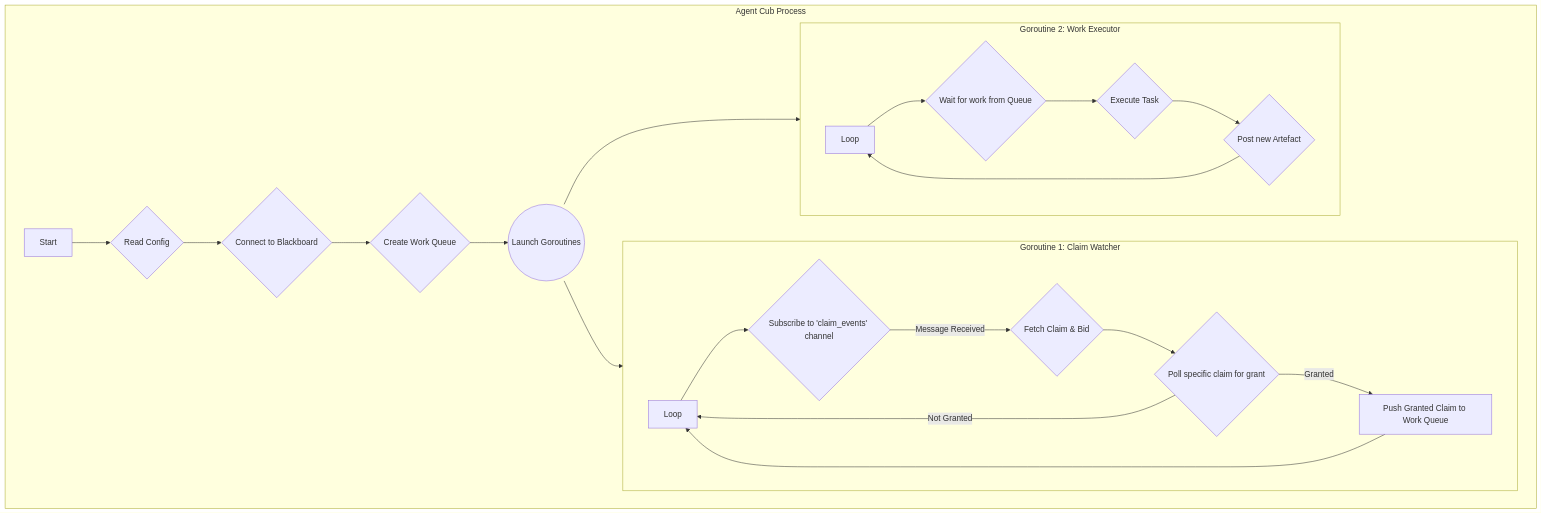
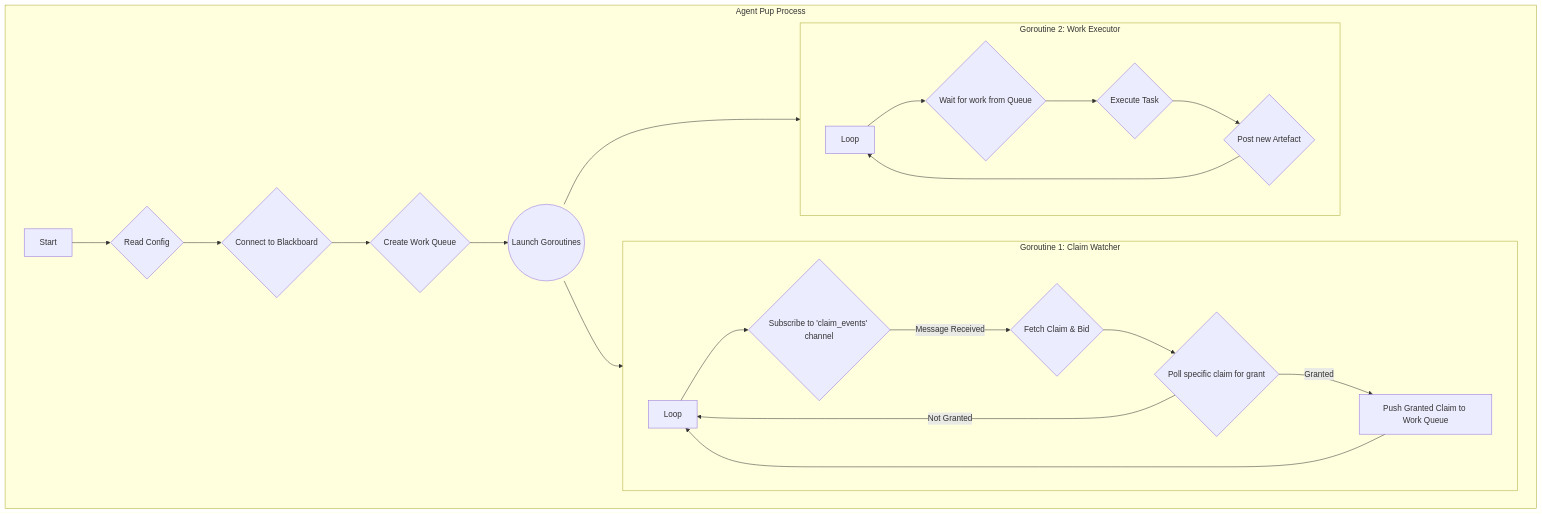
One commit to dyluth/holt changed the diagram in design/agent-cub.md. Above: the diagram before and after it, drawn with Mermaid. The commit also changed other lines of this file and 205 other files, not shown here.

````diff
--- a/design/agent-cub.md
+++ b/design/agent-cub.md
@@ -39,30 +39,30 @@
 ```mermaid
 graph TD
-    subgraph "Agent Cub Process"
+    subgraph "Agent Pup Process"
         A[Start] --> B{Read Config}
         B --> C{Connect to Blackboard}
         C --> D{Create Work Queue}
         D --> E((Launch Goroutines))
 
         subgraph "Goroutine 1: Claim Watcher"
             direction LR
             F[Loop] --> G{Subscribe to 'claim_events' channel}
             G -- Message Received --> H{Fetch Claim & Bid}
             H --> I{Poll specific claim for grant}
             I -- Granted --> J[Push Granted Claim to Work Queue]
             J --> F
             I -- Not Granted --> F
         end
 
         subgraph "Goroutine 2: Work Executor"
             direction LR
             K[Loop] --> L{Wait for work from Queue}
             L --> M{Execute Task}
             M --> N{Post new Artefact}
             N --> K
         end
 
         E --> F
         E --> K
     end
 ```
````
